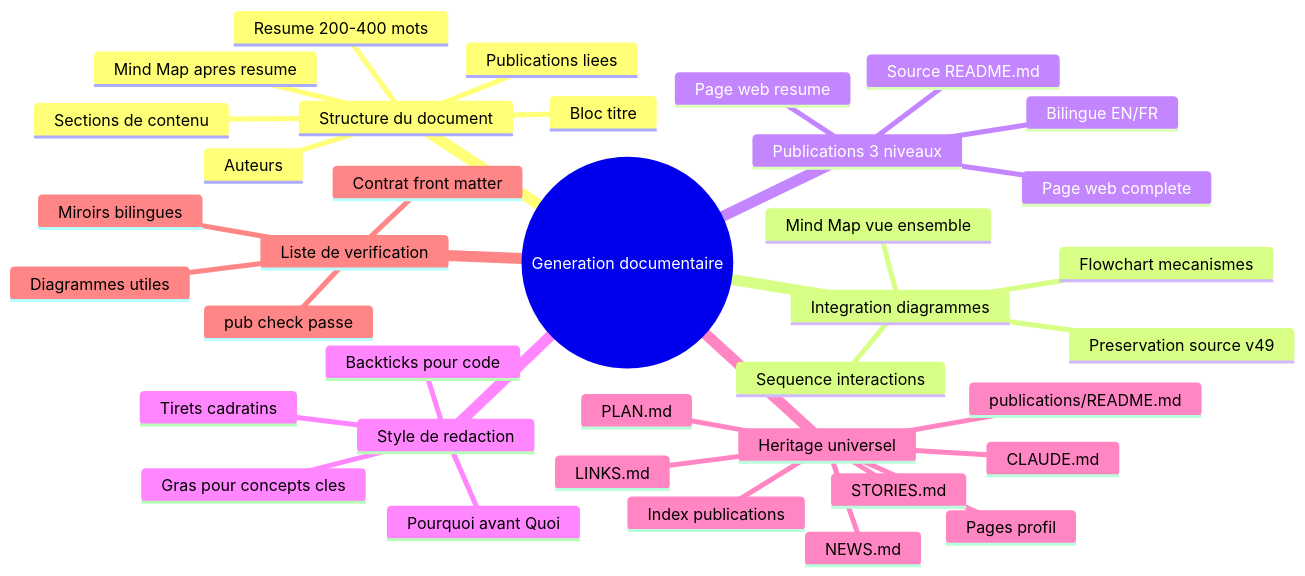
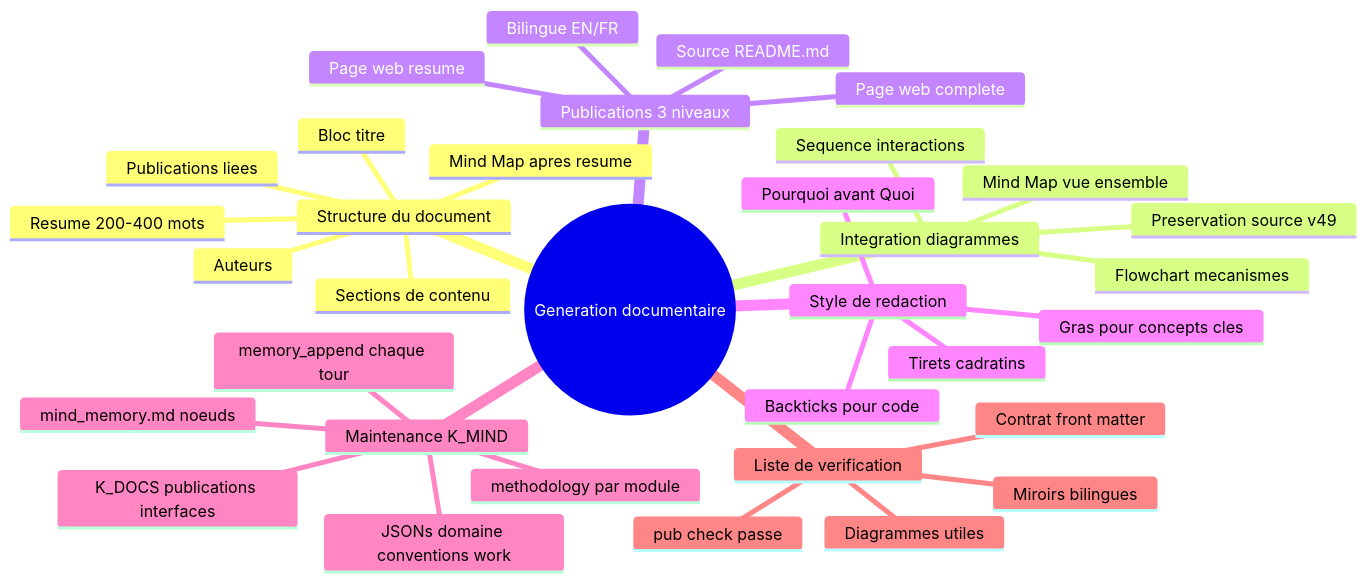
Before and after one commit to packetqc/K_DOCS: the diagram in docs/fr/publications/documentation-generation/full/index.md, drawn with Mermaid. The commit also changed 3 other files, not shown here.

First line of the commit message:
docs: update documentation-generation mermaid to K2.0 architecture

````diff
--- a/docs/fr/publications/documentation-generation/full/index.md
+++ b/docs/fr/publications/documentation-generation/full/index.md
@@ -46,40 +46,37 @@
 ```mermaid
 mindmap
   root((Generation documentaire))
     Structure du document
       Bloc titre
       Auteurs
       Resume 200-400 mots
       Mind Map apres resume
       Sections de contenu
       Publications liees
     Integration diagrammes
       Mind Map vue ensemble
       Flowchart mecanismes
       Sequence interactions
       Preservation source v49
     Publications 3 niveaux
       Source README.md
       Page web resume
       Page web complete
       Bilingue EN/FR
     Style de redaction
       Gras pour concepts cles
       Backticks pour code
       Tirets cadratins
       Pourquoi avant Quoi
-    Heritage universel
-      NEWS.md
-      PLAN.md
-      LINKS.md
-      CLAUDE.md
-      STORIES.md
-      publications/README.md
-      Index publications
-      Pages profil
+    Maintenance K_MIND
+      mind_memory.md noeuds
+      JSONs domaine conventions work
+      memory_append chaque tour
+      methodology par module
+      K_DOCS publications interfaces
     Liste de verification
       Contrat front matter
       Diagrammes utiles
       Miroirs bilingues
       pub check passe
 ```
````
